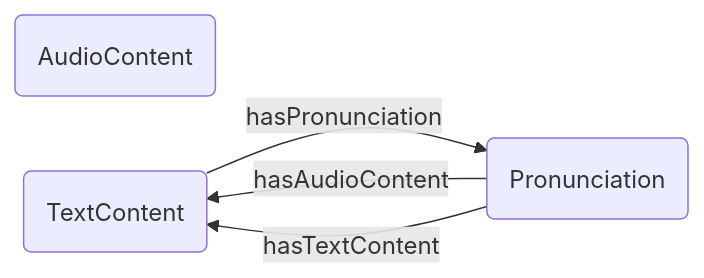
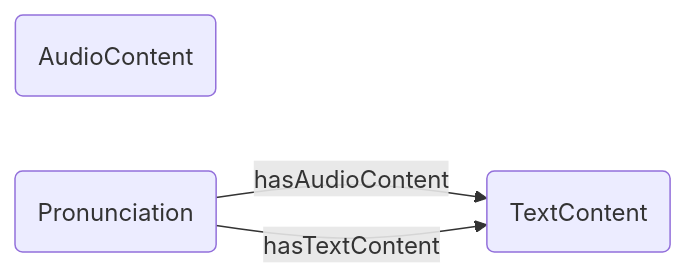
The third of 17 diagrams in docs/graph-representation.md (Explik/diybirdyapp), drawn with Mermaid before and after one commit.

````diff
--- a/docs/graph-representation.md
+++ b/docs/graph-representation.md
@@ -49,10 +49,9 @@
 ```mermaid
 graph LR
 AudioContent(AudioContent)
 TextContent(TextContent)
 Pronunciation(Pronunciation)
 
-TextContent--hasPronunciation-->Pronunciation
 Pronunciation--hasAudioContent-->TextContent
 Pronunciation--hasTextContent-->TextContent
 ```
````
